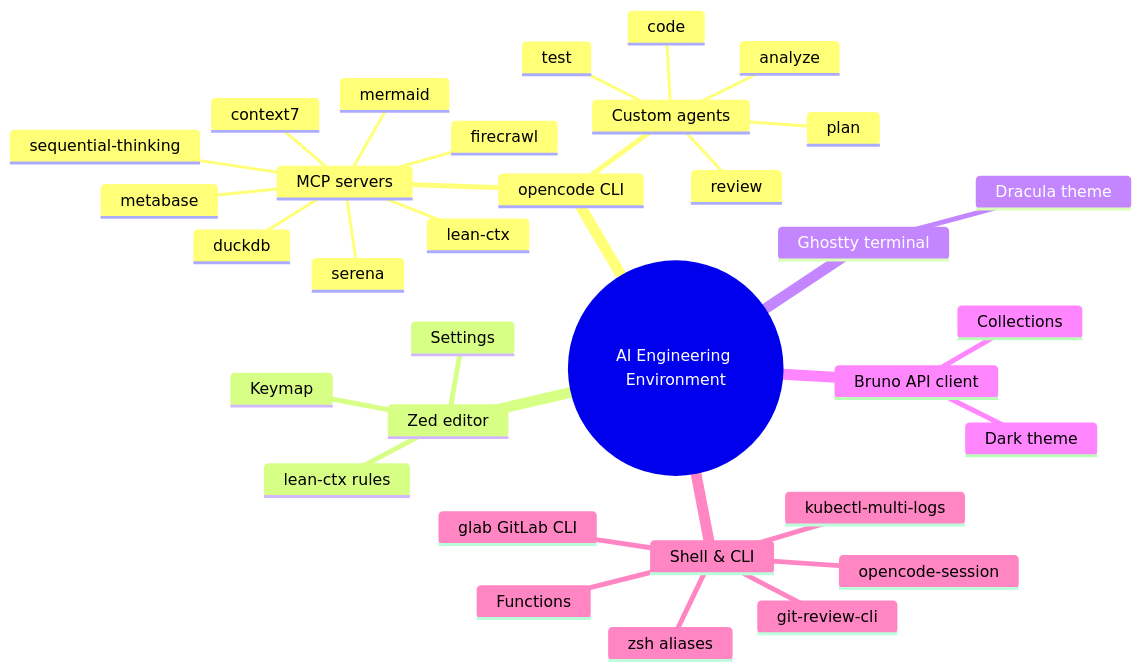
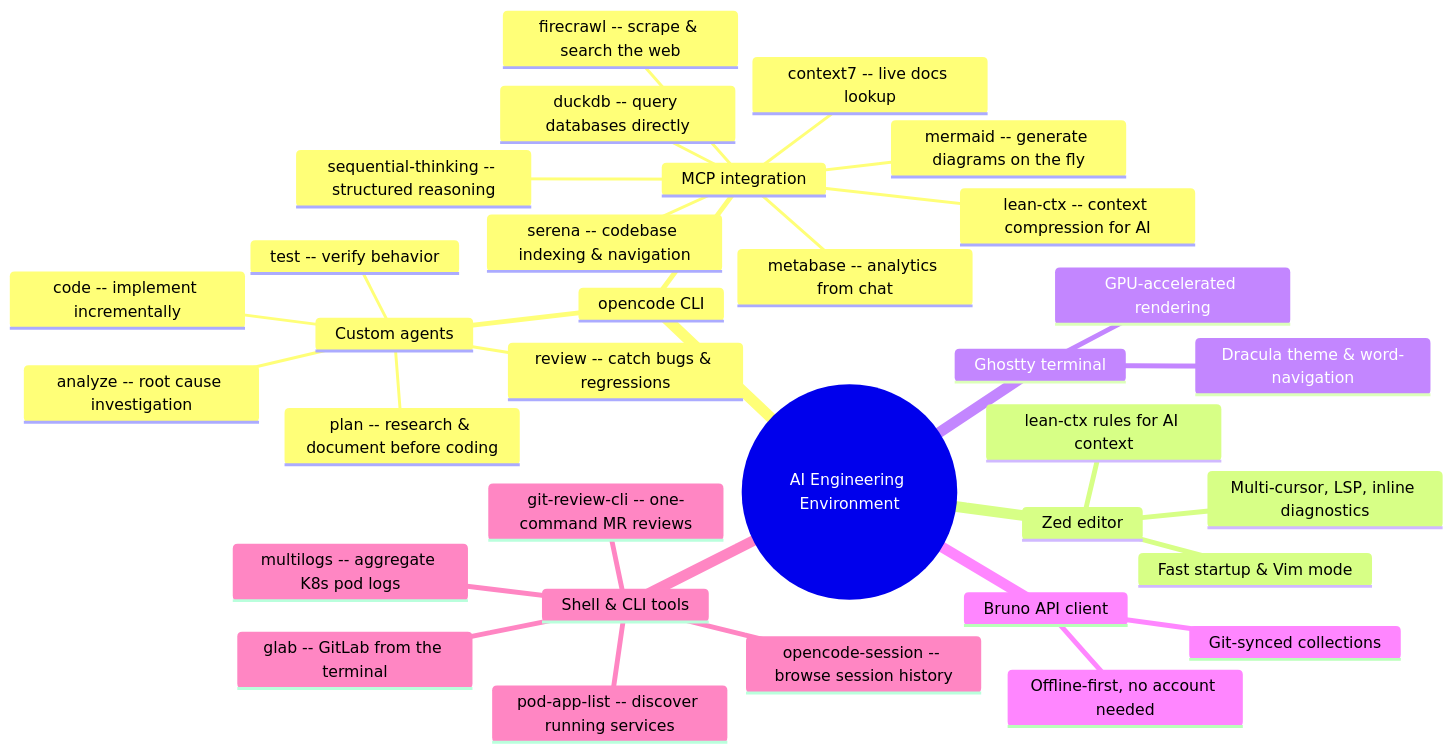
Before and after one commit to vianhanif/opencode-environment-bootstrap: the diagram in README.md, drawn with Mermaid.

Commit message:
docs: mindmap now shows what each component is great for

````diff
--- a/README.md
+++ b/README.md
@@ -7,36 +7,36 @@
 ```mermaid
 mindmap
   root((AI Engineering Environment))
     opencode CLI
-      MCP servers
-        context7
-        duckdb
-        firecrawl
-        mermaid
-        metabase
-        sequential-thinking
-        serena
-        lean-ctx
+      MCP integration
+        context7 -- live docs lookup
+        duckdb -- query databases directly
+        firecrawl -- scrape & search the web
+        mermaid -- generate diagrams on the fly
+        metabase -- analytics from chat
+        sequential-thinking -- structured reasoning
+        serena -- codebase indexing & navigation
+        lean-ctx -- context compression for AI
       Custom agents
-        plan
-        code
-        review
-        test
-        analyze
+        plan -- research & document before coding
+        code -- implement incrementally
+        review -- catch bugs & regressions
+        test -- verify behavior
+        analyze -- root cause investigation
     Zed editor
-      Settings
-      Keymap
-      lean-ctx rules
+      Fast startup & Vim mode
+      lean-ctx rules for AI context
+      Multi-cursor, LSP, inline diagnostics
     Ghostty terminal
-      Dracula theme
+      GPU-accelerated rendering
+      Dracula theme & word-navigation
     Bruno API client
-      Collections
-      Dark theme
-    Shell & CLI
-      zsh aliases
-      Functions
-      glab GitLab CLI
-      git-review-cli
-      opencode-session
-      kubectl-multi-logs
+      Offline-first, no account needed
+      Git-synced collections
+    Shell & CLI tools
+      glab -- GitLab from the terminal
+      git-review-cli -- one-command MR reviews
+      opencode-session -- browse session history
+      multilogs -- aggregate K8s pod logs
+      pod-app-list -- discover running services
 ```
````
